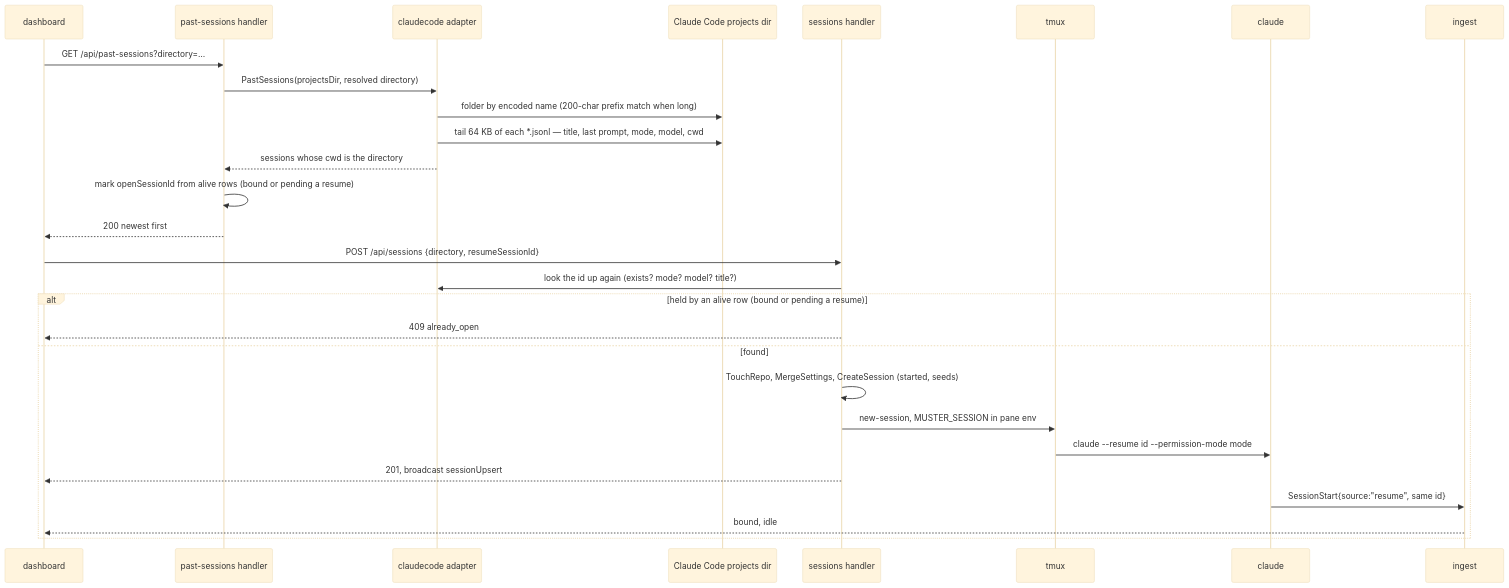
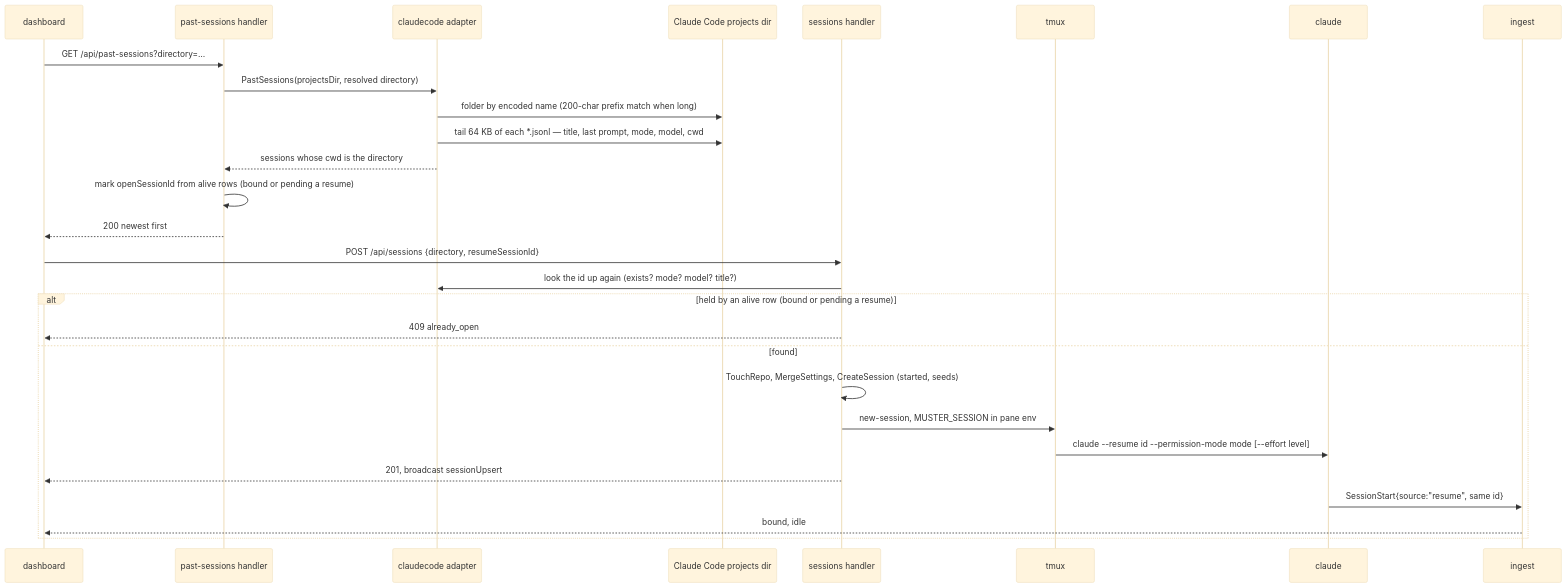
The diagram in docs/features/past-sessions/spec.md (Zalaras/muster), drawn with Mermaid (base theme) before and after one commit. The commit also changed other lines of this file and 156 other files, not shown here.

````diff
--- a/docs/features/past-sessions/spec.md
+++ b/docs/features/past-sessions/spec.md
@@ -64,31 +66,31 @@
 ```mermaid
 sequenceDiagram
     participant UI as dashboard
     participant P as past-sessions handler
     participant A as claudecode adapter
     participant FS as Claude Code projects dir
     participant S as sessions handler
     participant T as tmux
     participant CC as claude
     participant I as ingest
 
     UI->>P: GET /api/past-sessions?directory=…
     P->>A: PastSessions(projectsDir, resolved directory)
     A->>FS: folder by encoded name (200-char prefix match when long)
     A->>FS: tail 64 KB of each *.jsonl — title, last prompt, mode, model, cwd
     A-->>P: sessions whose cwd is the directory
     P->>P: mark openSessionId from alive rows (bound or pending a resume)
     P-->>UI: 200 newest first
     UI->>S: POST /api/sessions {directory, resumeSessionId}
     S->>A: look the id up again (exists? mode? model? title?)
     alt held by an alive row (bound or pending a resume)
         S-->>UI: 409 already_open
     else found
         S->>S: TouchRepo, MergeSettings, CreateSession (started, seeds)
         S->>T: new-session, MUSTER_SESSION in pane env
-        T->>CC: claude --resume id --permission-mode mode
+        T->>CC: claude --resume id --permission-mode mode [--effort level]
         S-->>UI: 201, broadcast sessionUpsert
         CC->>I: SessionStart{source:"resume", same id}
         I-->>UI: bound, idle
     end
 ```
````
